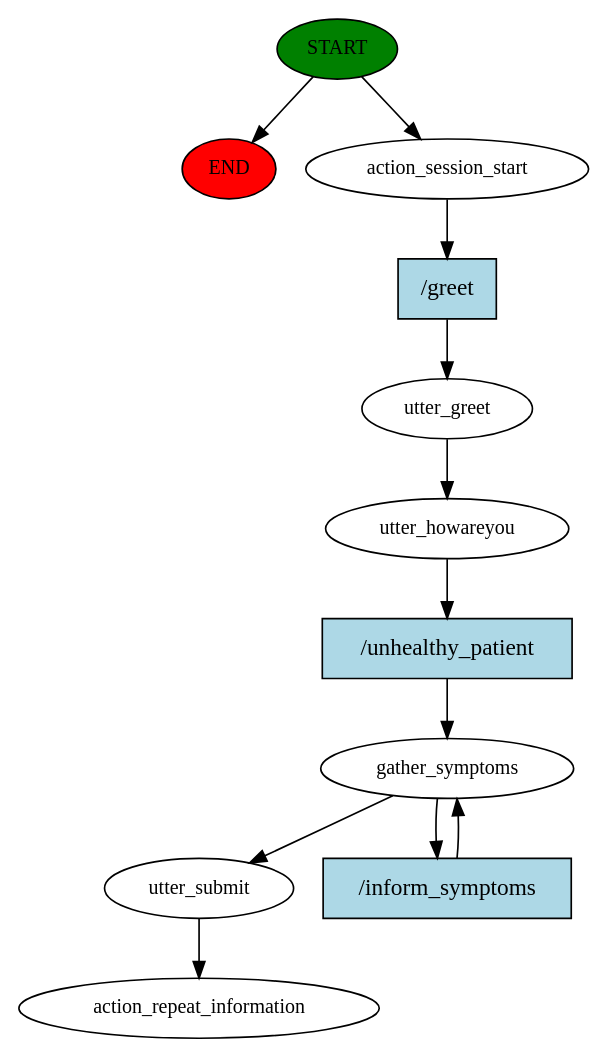
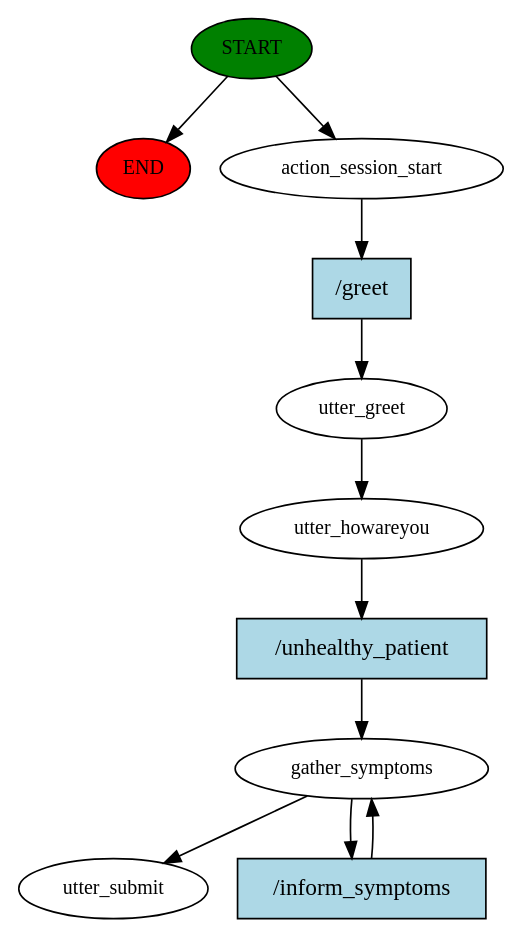
The diagram in story_graph.dot (visheshofficial/ai-health-agent), drawn with Graphviz before and after one commit. The commit also changed 10 other files, not shown here.

```diff
--- a/story_graph.dot
+++ b/story_graph.dot
@@ -1,24 +1,22 @@
 digraph  {
 0 [class="start active", fillcolor=green, fontsize=12, label=START, style=filled];
 "-1" [class=end, fillcolor=red, fontsize=12, label=END, style=filled];
 1 [class=active, fontsize=12, label=action_session_start];
 2 [class=active, fontsize=12, label=utter_greet];
 3 [class=active, fontsize=12, label=utter_howareyou];
 4 [class=active, fontsize=12, label=gather_symptoms];
-6 [class=active, fontsize=12, label=utter_submit];
-7 [class="dashed active", fontsize=12, label=action_repeat_information];
-8 [class="intent active", fillcolor=lightblue, label="/greet", shape=rect, style=filled];
-9 [class="intent active", fillcolor=lightblue, label="/unhealthy_patient", shape=rect, style=filled];
-10 [class="intent active", fillcolor=lightblue, label="/inform_symptoms", shape=rect, style=filled];
+6 [class="dashed active", fontsize=12, label=utter_submit];
+7 [class="intent active", fillcolor=lightblue, label="/greet", shape=rect, style=filled];
+8 [class="intent active", fillcolor=lightblue, label="/unhealthy_patient", shape=rect, style=filled];
+9 [class="intent active", fillcolor=lightblue, label="/inform_symptoms", shape=rect, style=filled];
 0 -> "-1"  [class="", key=NONE, label=""];
 0 -> 1  [class=active, key=NONE, label=""];
-1 -> 8  [class=active, key=0];
+1 -> 7  [class=active, key=0];
 2 -> 3  [class=active, key=NONE, label=""];
-3 -> 9  [class=active, key=0];
+3 -> 8  [class=active, key=0];
 4 -> 6  [class=active, key=NONE, label=""];
-4 -> 10  [class=active, key=0];
-6 -> 7  [class=active, key=NONE, label=""];
-8 -> 2  [class=active, key=0];
+4 -> 9  [class=active, key=0];
+7 -> 2  [class=active, key=0];
+8 -> 4  [class=active, key=0];
 9 -> 4  [class=active, key=0];
-10 -> 4  [class=active, key=0];
 }
```
